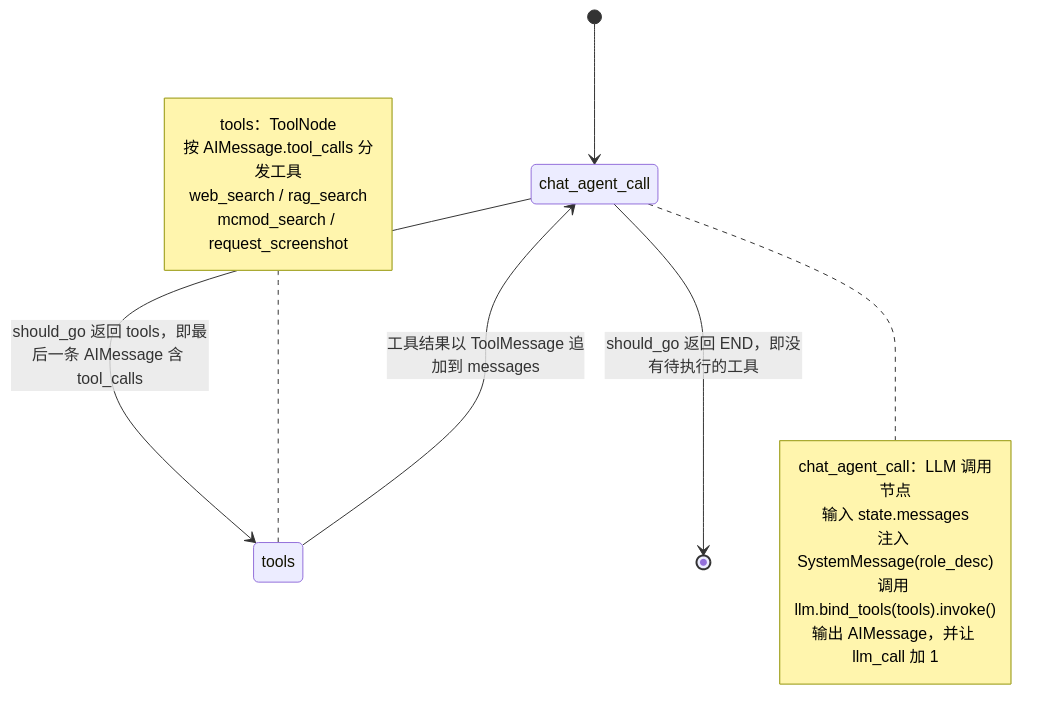
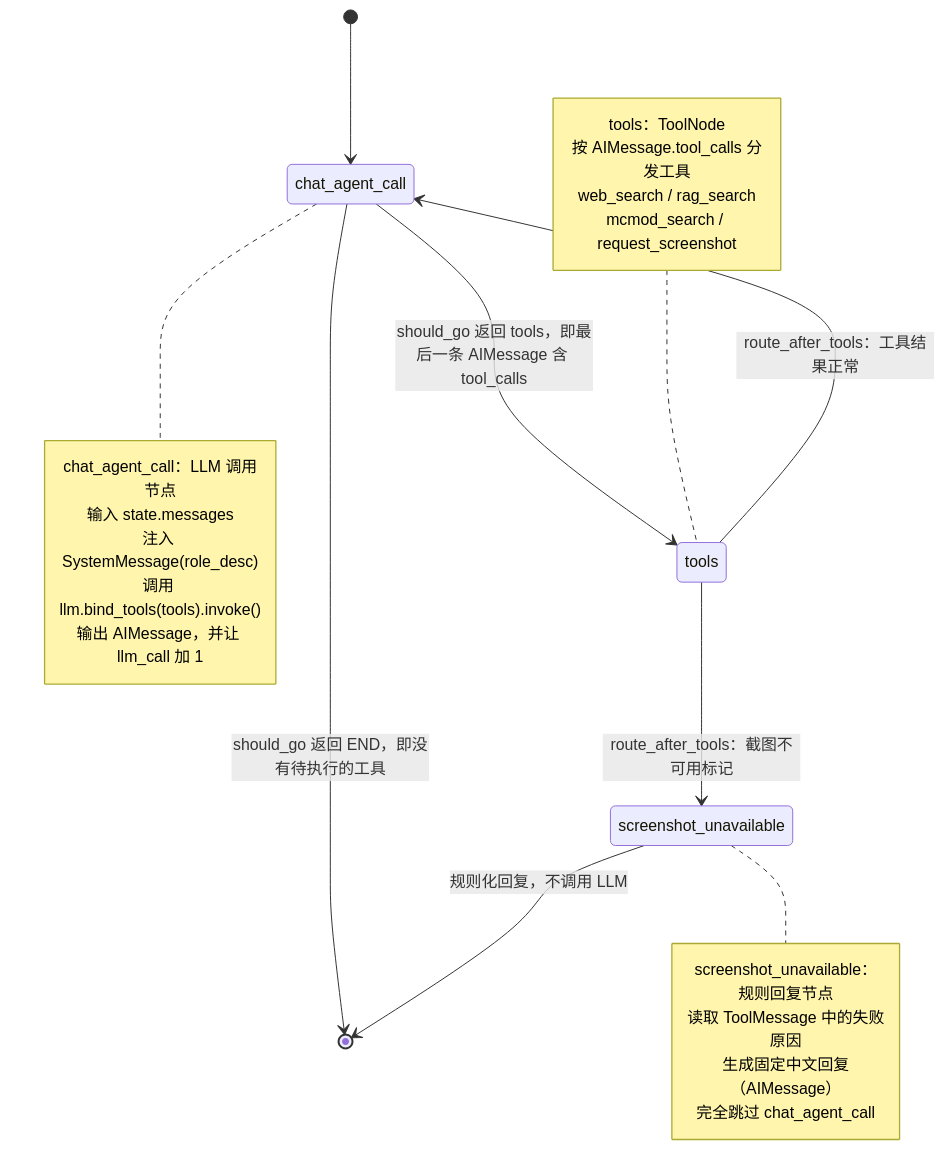
The second of 3 diagrams in README.md (yupx123321-star/Desktop_Assistant), drawn with Mermaid before and after one commit. The commit also changed other lines of this file and 9 other files, not shown here.

First line of the commit message:
修复截图分析静默失败并支持独立视觉模型

````diff
--- a/README.md
+++ b/README.md
@@ -46,24 +46,33 @@
 ```mermaid
 stateDiagram-v2
     [*] --> chat_agent_call
 
     chat_agent_call --> tools: should_go 返回 tools，即最后一条 AIMessage 含 tool_calls
     chat_agent_call --> [*]: should_go 返回 END，即没有待执行的工具
 
-    tools --> chat_agent_call: 工具结果以 ToolMessage 追加到 messages
+    tools --> chat_agent_call: route_after_tools：工具结果正常
+    tools --> screenshot_unavailable: route_after_tools：截图不可用标记
+    screenshot_unavailable --> [*]: 规则化回复，不调用 LLM
 
     note right of chat_agent_call
         chat_agent_call：LLM 调用节点
         输入 state.messages
         注入 SystemMessage(role_desc)
         调用 llm.bind_tools(tools).invoke()
         输出 AIMessage，并让 llm_call 加 1
     end note
 
     note left of tools
         tools：ToolNode
         按 AIMessage.tool_calls 分发工具
         web_search / rag_search
         mcmod_search / request_screenshot
     end note
+
+    note right of screenshot_unavailable
+        screenshot_unavailable：规则回复节点
+        读取 ToolMessage 中的失败原因
+        生成固定中文回复（AIMessage）
+        完全跳过 chat_agent_call
+    end note
 ```
````
